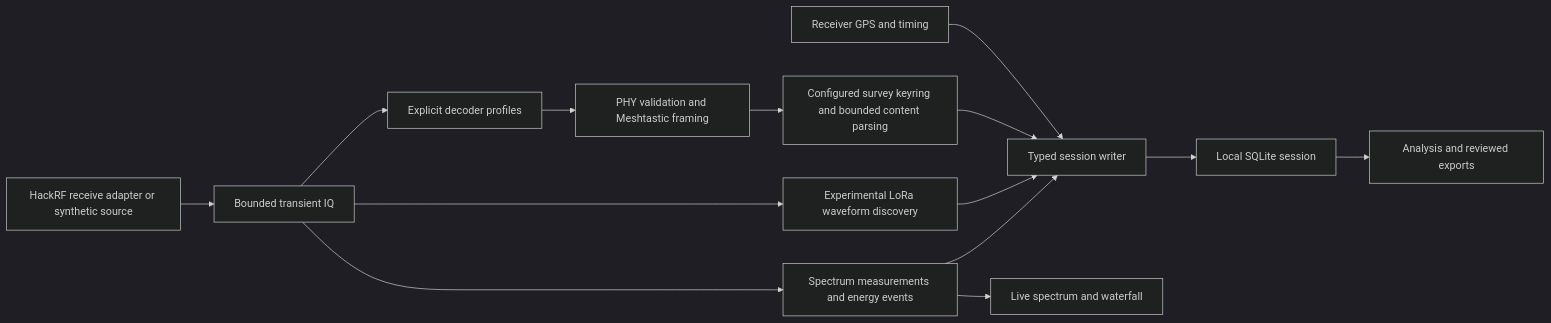
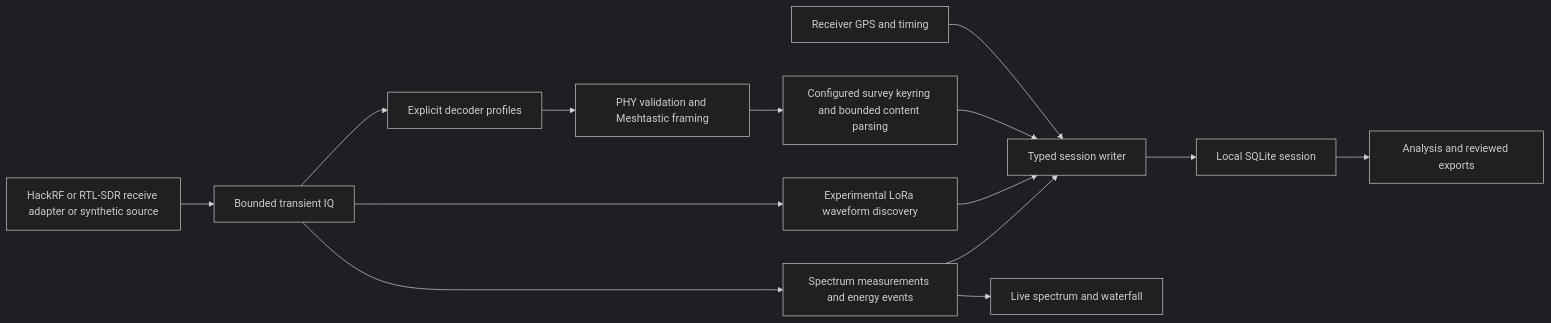
The diagram in docs/design/architecture.md (OVMeshRF/OVMeshDRpp), drawn with Mermaid (dark theme) before and after one commit. The commit also changed 64 other files, not shown here.

First line of the commit message:
feat: add RTL-SDR reception and receiver compatibility documentation (#1)

````diff
--- a/docs/design/architecture.md
+++ b/docs/design/architecture.md
@@ -7,16 +7,16 @@
 ```mermaid
 flowchart LR
-    R[HackRF receive adapter or synthetic source] --> M[Bounded transient IQ]
+    R[HackRF or RTL-SDR receive adapter or synthetic source] --> M[Bounded transient IQ]
     M --> S[Spectrum measurements and energy events]
     M --> F[Experimental LoRa waveform discovery]
     M --> L[Explicit decoder profiles]
     L --> P[PHY validation and Meshtastic framing]
     P --> K[Configured survey keyring and bounded content parsing]
     S --> W[Typed session writer]
     F --> W
     K --> W
     G[Receiver GPS and timing] --> W
     W --> DB[Local SQLite session]
     DB --> U[Analysis and reviewed exports]
     S --> V[Live spectrum and waterfall]
 ```
````
